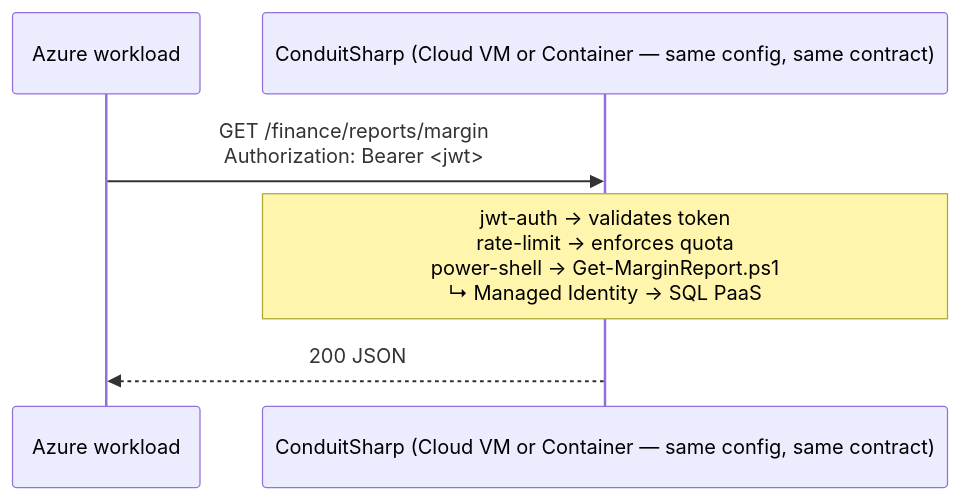
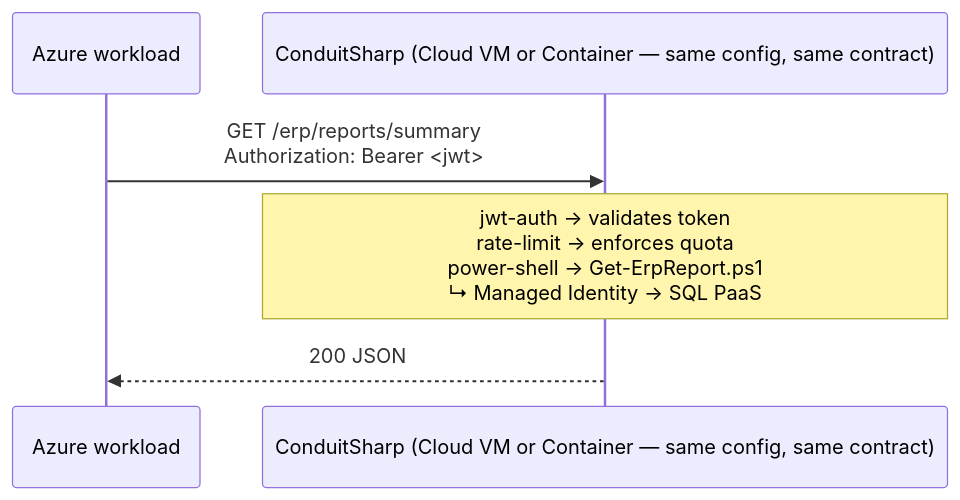
Before and after one commit to liqngliz/ConduitSharp: the fifth of 6 diagrams in docs/ENTERPRISE.md, drawn with Mermaid. The commit also changed other lines of this file and 65 other files, not shown here.

````diff
--- a/docs/ENTERPRISE.md
+++ b/docs/ENTERPRISE.md
@@ -217,9 +217,9 @@
 ```mermaid
 sequenceDiagram
     participant Azure as Azure workload
     participant CS as ConduitSharp (Cloud VM or Container — same config, same contract)
 
-    Azure->>CS: GET /finance/reports/margin<br/>Authorization: Bearer <jwt>
-    Note over CS: jwt-auth → validates token<br/>rate-limit → enforces quota<br/>power-shell → Get-MarginReport.ps1<br/>↳ Managed Identity → SQL PaaS
+    Azure->>CS: GET /erp/reports/summary<br/>Authorization: Bearer <jwt>
+    Note over CS: jwt-auth → validates token<br/>rate-limit → enforces quota<br/>power-shell → Get-ErpReport.ps1<br/>↳ Managed Identity → SQL PaaS
     CS-->>Azure: 200 JSON
 ```
````
